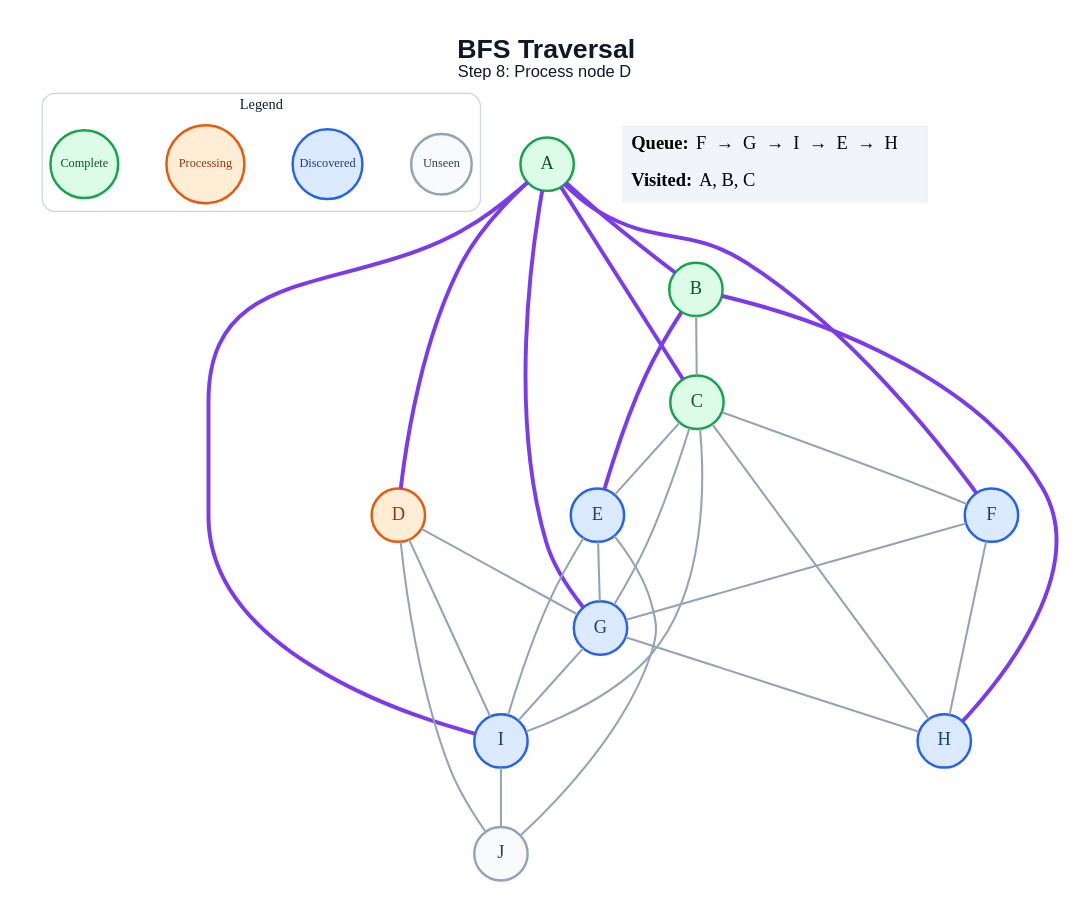
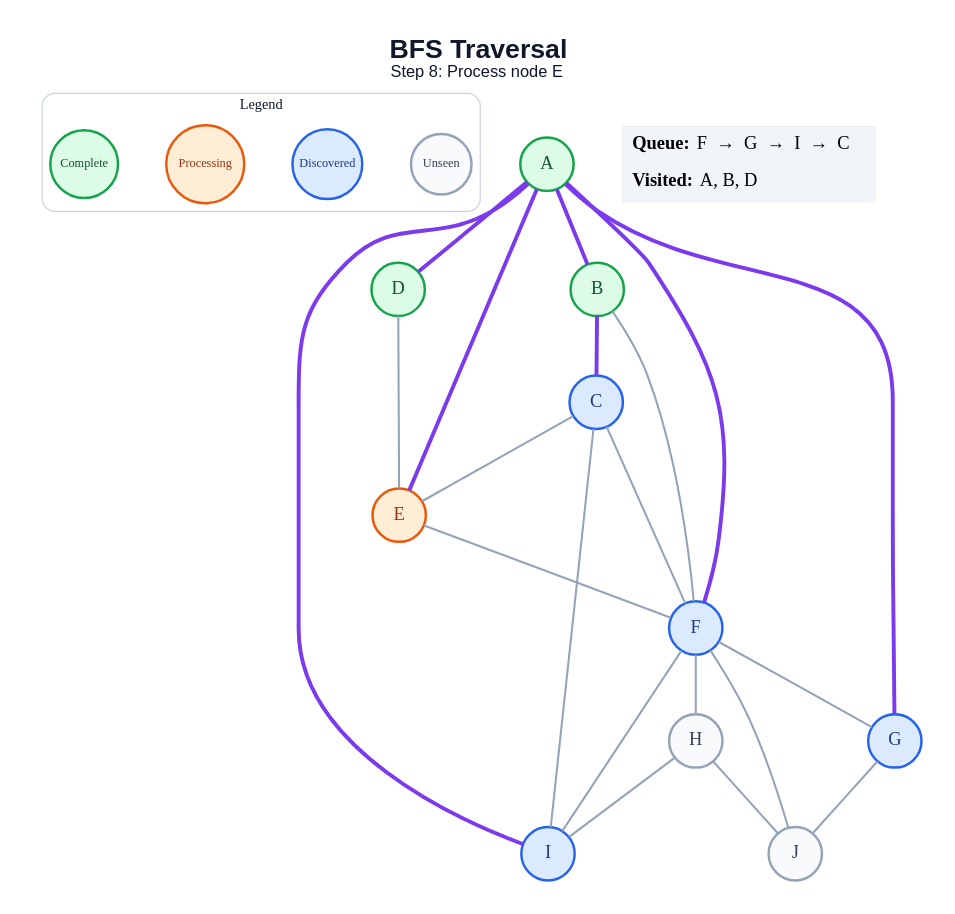
One commit to amanghodawala9/ai-slop changed the diagram in generated/bfs/step_08.dot. Above: the diagram before and after it, drawn with Graphviz. The commit also changed 178 other files, not shown here.

```diff
--- a/generated/bfs/step_08.dot
+++ b/generated/bfs/step_08.dot
@@ -1,54 +1,49 @@
 graph traversal {
   graph [layout=dot, rankdir=TB, bgcolor="#FFFFFF", pad="0.35", nodesep="0.65", ranksep="0.8", fontname="Arial"];
   node [shape=circle, style="filled", fontname="Arial Bold", fontsize=18, width=0.72, fixedsize=true, penwidth=2.4];
   edge [color="#94A3B8", penwidth=2.0];
-  label=<<B>BFS Traversal</B><BR/><FONT POINT-SIZE="16">Step 8: Process node D</FONT>>; labelloc="t"; fontsize=26; fontname="Arial"; fontcolor="#0F172A";
+  label=<<B>BFS Traversal</B><BR/><FONT POINT-SIZE="16">Step 8: Process node E</FONT>>; labelloc="t"; fontsize=26; fontname="Arial"; fontcolor="#0F172A";
   subgraph cluster_legend { label="Legend"; color="#CBD5E1"; penwidth=1.2; style="rounded"; fontsize=14; fontname="Arial Bold";
     key_unseen [label="Unseen", fillcolor="#F8FAFC", color="#94A3B8", fontcolor="#334155", fontsize=12, width=0.82];
     key_frontier [label="Discovered", fillcolor="#DBEAFE", color="#2563EB", fontcolor="#1E3A8A", fontsize=12, width=0.95];
     key_current [label="Processing", fillcolor="#FFEDD5", color="#EA580C", fontcolor="#9A3412", fontsize=12, width=1.05];
     key_done [label="Complete", fillcolor="#DCFCE7", color="#16A34A", fontcolor="#14532D", fontsize=12, width=0.92];
     { rank=same; key_unseen; key_frontier; key_current; key_done; }
   }
   A [fillcolor="#DCFCE7", color="#16A34A", fontcolor="#14532D"];
   B [fillcolor="#DCFCE7", color="#16A34A", fontcolor="#14532D"];
-  C [fillcolor="#DCFCE7", color="#16A34A", fontcolor="#14532D"];
-  D [fillcolor="#FFEDD5", color="#EA580C", fontcolor="#9A3412"];
-  E [fillcolor="#DBEAFE", color="#2563EB", fontcolor="#1E3A8A"];
+  C [fillcolor="#DBEAFE", color="#2563EB", fontcolor="#1E3A8A"];
+  D [fillcolor="#DCFCE7", color="#16A34A", fontcolor="#14532D"];
+  E [fillcolor="#FFEDD5", color="#EA580C", fontcolor="#9A3412"];
   F [fillcolor="#DBEAFE", color="#2563EB", fontcolor="#1E3A8A"];
   G [fillcolor="#DBEAFE", color="#2563EB", fontcolor="#1E3A8A"];
-  H [fillcolor="#DBEAFE", color="#2563EB", fontcolor="#1E3A8A"];
+  H [fillcolor="#F8FAFC", color="#94A3B8", fontcolor="#334155"];
   I [fillcolor="#DBEAFE", color="#2563EB", fontcolor="#1E3A8A"];
   J [fillcolor="#F8FAFC", color="#94A3B8", fontcolor="#334155"];
   A -- B [color="#7C3AED", penwidth=3.8];
-  A -- C [color="#7C3AED", penwidth=3.8];
   A -- D [color="#7C3AED", penwidth=3.8];
+  A -- E [color="#7C3AED", penwidth=3.8];
   A -- F [color="#7C3AED", penwidth=3.8];
   A -- G [color="#7C3AED", penwidth=3.8];
   A -- I [color="#7C3AED", penwidth=3.8];
-  B -- C;
-  B -- E [color="#7C3AED", penwidth=3.8];
-  B -- H [color="#7C3AED", penwidth=3.8];
+  B -- C [color="#7C3AED", penwidth=3.8];
+  B -- F;
   C -- E;
   C -- F;
-  C -- G;
-  C -- H;
   C -- I;
-  D -- G;
-  D -- I;
-  D -- J;
-  E -- G;
-  E -- I;
-  E -- J;
+  D -- E;
+  E -- F;
   F -- G;
   F -- H;
-  G -- H;
-  G -- I;
-  I -- J;
+  F -- I;
+  F -- J;
+  G -- J;
+  H -- I;
+  H -- J;
   status [shape=plain, fixedsize=false, width=0, height=0, margin=0, label=<
     <TABLE BORDER="0" CELLBORDER="0" CELLPADDING="7" BGCOLOR="#F1F5F9">
-      <TR><TD ALIGN="LEFT"><B>Queue:</B> F  →  G  →  I  →  E  →  H</TD></TR>
-      <TR><TD ALIGN="LEFT"><B>Visited:</B> A, B, C</TD></TR>
+      <TR><TD ALIGN="LEFT"><B>Queue:</B> F  →  G  →  I  →  C</TD></TR>
+      <TR><TD ALIGN="LEFT"><B>Visited:</B> A, B, D</TD></TR>
     </TABLE>
   >];
 }
```
